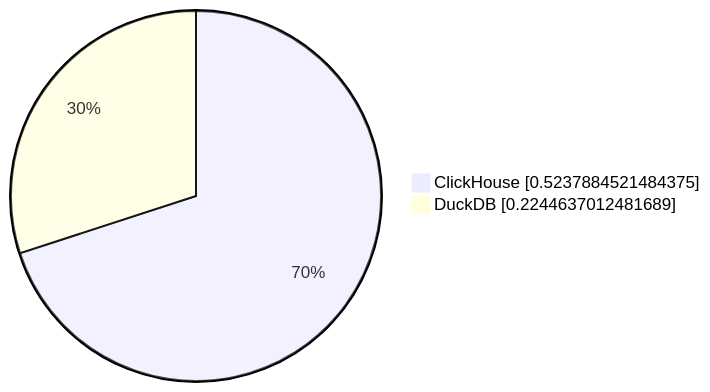
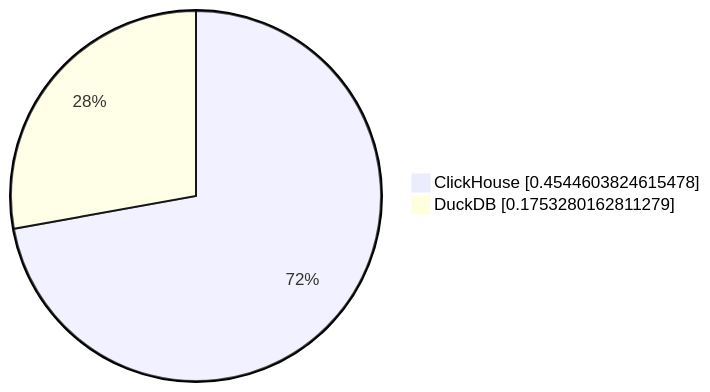
One commit to Altinity/clickhouse-regression changed the eighth of 19 diagrams in parquet/performance/results/hits/23.11.1.2711-alpine/README.md. Above: the diagram before and after it, drawn with Mermaid. The commit also changed other lines of this file and 8 other files, not shown here.

````diff
--- a/parquet/performance/results/hits/23.11.1.2711-alpine/README.md
+++ b/parquet/performance/results/hits/23.11.1.2711-alpine/README.md
@@ -80,5 +80,5 @@
 ```mermaid
      pie showData
-         "ClickHouse" : 0.5237884521484375
-         "DuckDB" : 0.2244637012481689
+         "ClickHouse" : 0.4544603824615478
+         "DuckDB" : 0.1753280162811279
 ```
````
